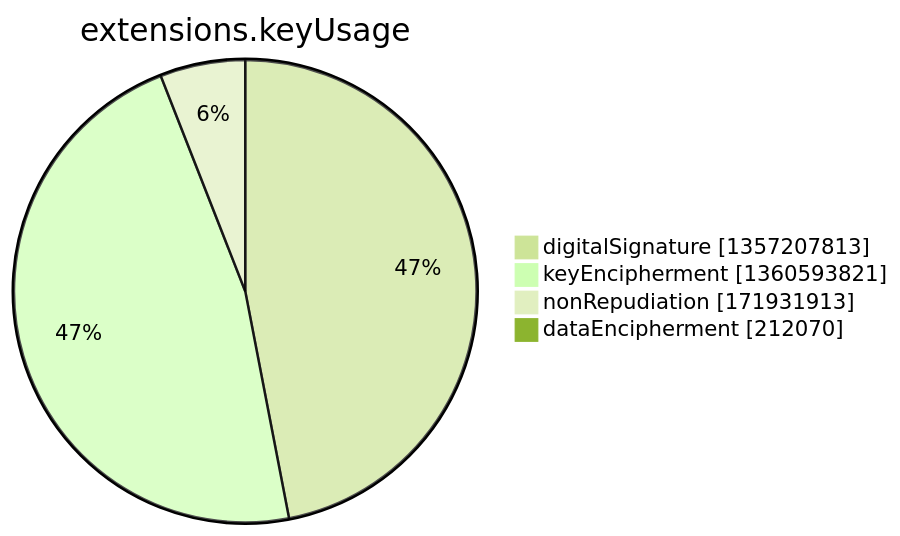
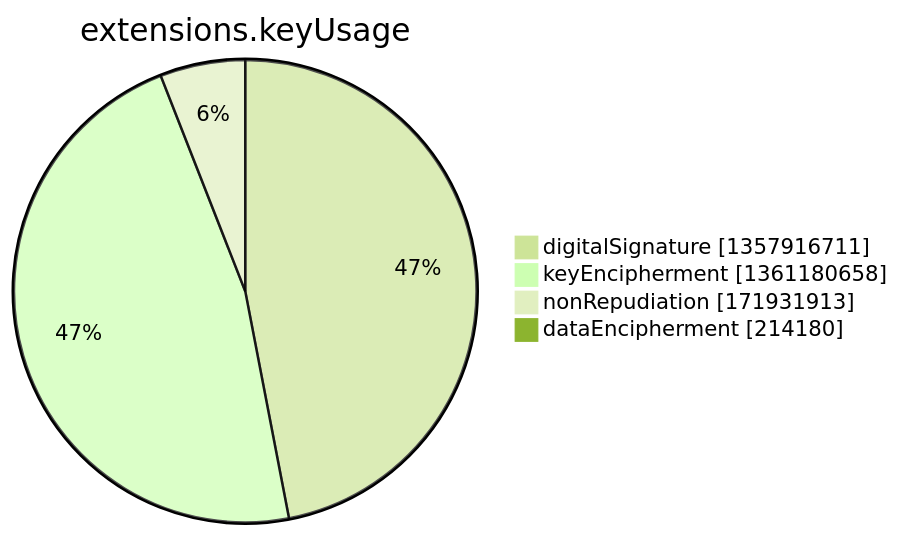
The seventh of 15 diagrams in argon2022/README.md (christiankrug/ctmonitor_visualization), drawn with Mermaid (forest theme) before and after one commit. The commit also changed other lines of this file, not shown here.

````diff
--- a/argon2022/README.md
+++ b/argon2022/README.md
@@ -2750,8 +2750,8 @@
 ```mermaid
 pie showData
 title extensions.keyUsage
-"digitalSignature" :1357207813
-"keyEncipherment" :1360593821
+"digitalSignature" :1357916711
+"keyEncipherment" :1361180658
 "nonRepudiation" :171931913
-"dataEncipherment" :212070
+"dataEncipherment" :214180
 ```
````
